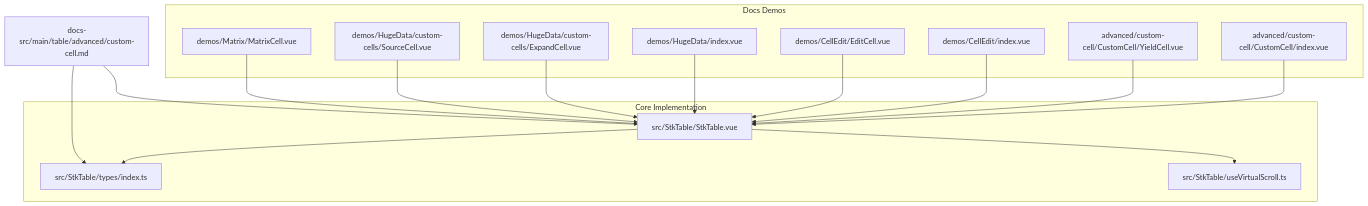
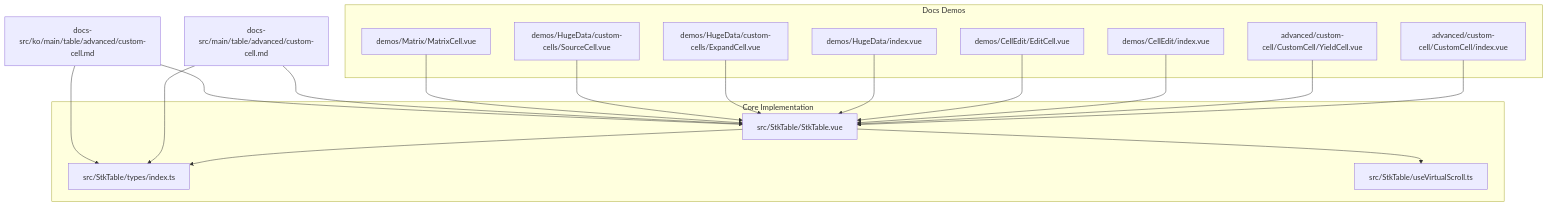
One commit to ja-plus/stk-table-vue changed the first of 5 diagrams in .qoder/repowiki/en/content/Advanced Features/Custom Cell Rendering.md. Above: the diagram before and after it, drawn with Mermaid. The commit also changed other lines of this file and 9 other files, not shown here.

````diff
--- a/.qoder/repowiki/en/content/Advanced Features/Custom Cell Rendering.md
+++ b/.qoder/repowiki/en/content/Advanced Features/Custom Cell Rendering.md
@@ -45,31 +56,34 @@
 ```mermaid
 graph TB
 subgraph "Docs Demos"
 A["advanced/custom-cell/CustomCell/index.vue"]
 B["advanced/custom-cell/CustomCell/YieldCell.vue"]
 C["demos/CellEdit/index.vue"]
 D["demos/CellEdit/EditCell.vue"]
 E["demos/HugeData/index.vue"]
 F["demos/HugeData/custom-cells/ExpandCell.vue"]
 G["demos/HugeData/custom-cells/SourceCell.vue"]
 H["demos/Matrix/MatrixCell.vue"]
 end
 subgraph "Core Implementation"
 I["src/StkTable/StkTable.vue"]
 J["src/StkTable/types/index.ts"]
 K["src/StkTable/useVirtualScroll.ts"]
 end
 L["docs-src/main/table/advanced/custom-cell.md"]
+M["docs-src/ko/main/table/advanced/custom-cell.md"]
 A --> I
 B --> I
 C --> I
 D --> I
 E --> I
 F --> I
 G --> I
 H --> I
 I --> J
 I --> K
 L --> I
 L --> J
+M --> I
+M --> J
 ```
````
